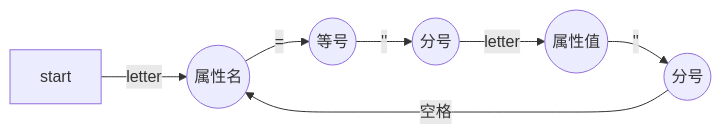
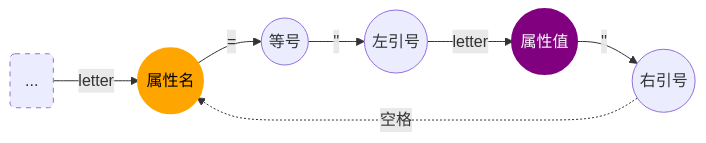
One commit to AngelPP52/tiny-compiler changed the fourth of 5 diagrams in README.MD. Above: the diagram before and after it, drawn with Mermaid. The commit also changed other lines of this file, not shown here.

````diff
--- a/README.MD
+++ b/README.MD
@@ -49,4 +105,13 @@
 ```mermaid
 graph LR
-start --> |letter|attrKey((属性名)) --> |=|eqs((等号)) --> |''|sem1((分号)) --> |letter|attrValue((属性值)) --> |''|sem2((分号)) --> |空格|attrKey
+start(...) --> |letter|attrKey((属性名)) --> |=|eqs((等号)) --> |''|sem1((左引号)) --> |letter|attrValue((属性值)) --> |''|sem2((右引号)) -.-> |空格|attrKey
+
+classDef stroke-dash stroke-dasharray: 5,5
+class start stroke-dash
+
+classDef orange stroke:orange,fill: orange,color:black,stroke-width:4
+classDef purple stroke:purple,fill: purple,color:white,stroke-width:4
+
+class attrKey orange
+class attrValue purple
 ```
````
